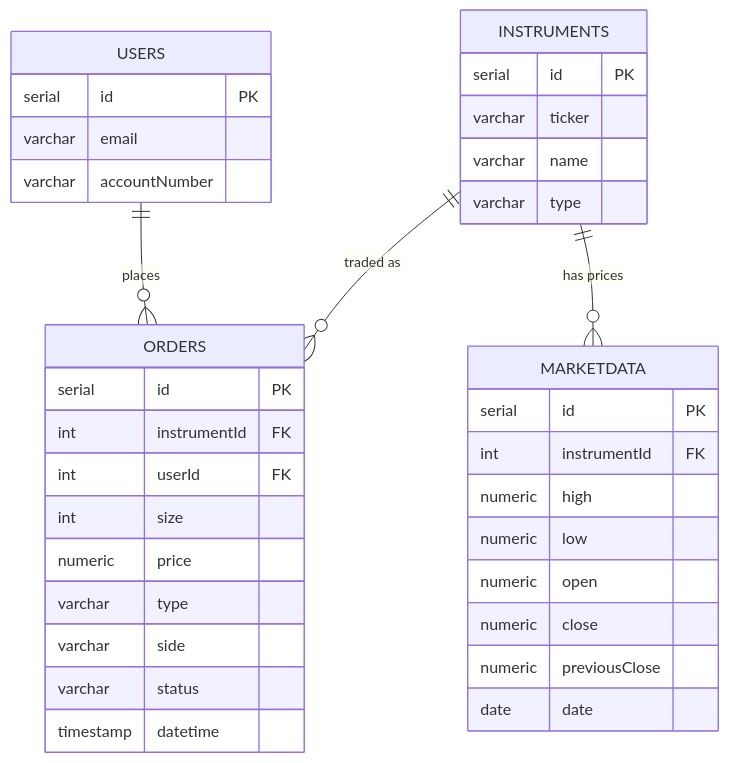
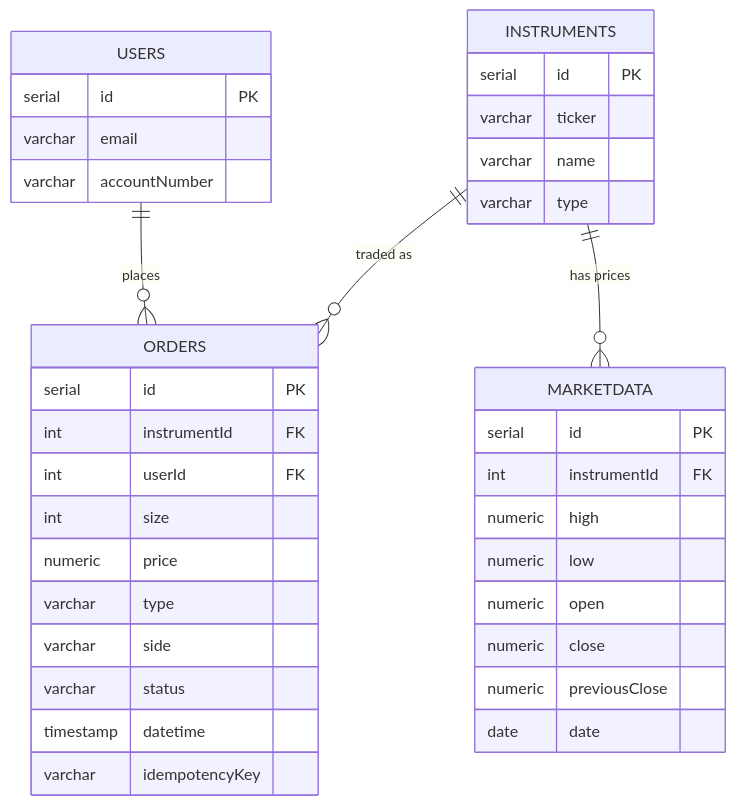
The diagram in docs/data-model.md (wchopite/cocos-capital), drawn with Mermaid before and after one commit. The commit also changed other lines of this file and 2 other files, not shown here.

Commit message:
docs: document idempotency key in data model and endpoints

````diff
--- a/docs/data-model.md
+++ b/docs/data-model.md
@@ -5,42 +5,43 @@
 ```mermaid
 erDiagram
   USERS ||--o{ ORDERS : "places"
   INSTRUMENTS ||--o{ ORDERS : "traded as"
   INSTRUMENTS ||--o{ MARKETDATA : "has prices"
 
   USERS {
     serial id PK
     varchar email
     varchar accountNumber
   }
 
   INSTRUMENTS {
     serial id PK
     varchar ticker
     varchar name
     varchar type
   }
 
   ORDERS {
     serial id PK
     int instrumentId FK
     int userId FK
     int size
     numeric price
     varchar type
     varchar side
     varchar status
     timestamp datetime
+    varchar idempotencyKey
   }
 
   MARKETDATA {
     serial id PK
     int instrumentId FK
     numeric high
     numeric low
     numeric open
     numeric close
     numeric previousClose
     date date
   }
 ```
````
